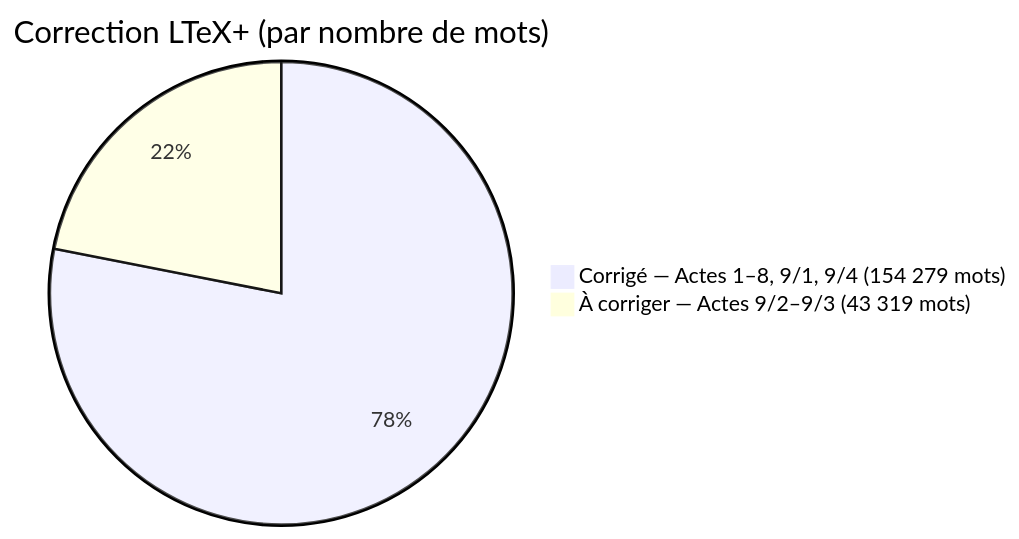
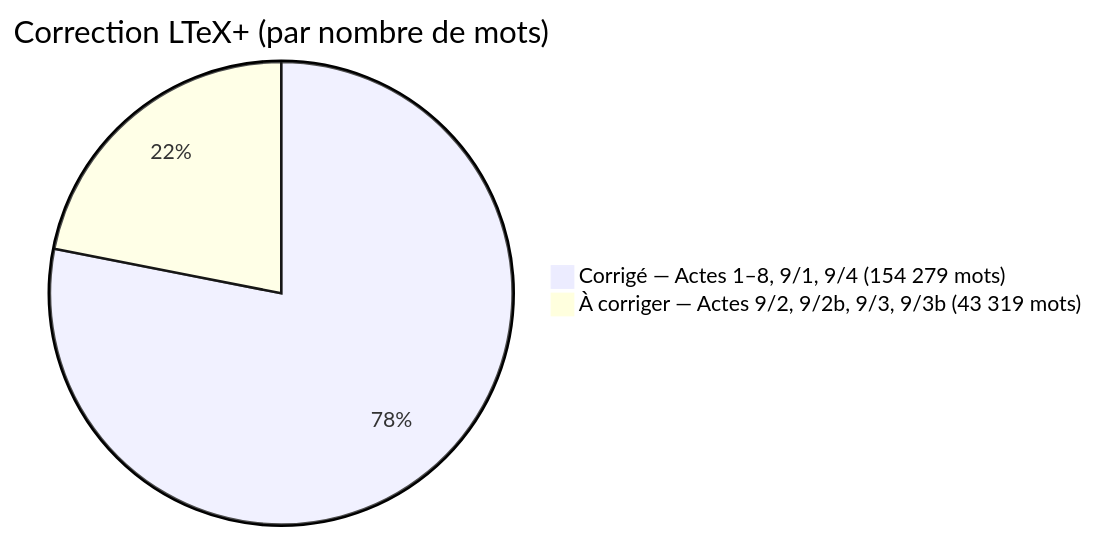
The diagram in actes/word_count.md (eric-mugnier/tete-de-veau-ravigote), drawn with Mermaid before and after one commit. The commit also changed other lines of this file and 9 other files, not shown here.

````diff
--- a/actes/word_count.md
+++ b/actes/word_count.md
@@ -26,5 +29,5 @@
 ```mermaid
 pie title Correction LTeX+ (par nombre de mots)
     "Corrigé — Actes 1–8, 9/1, 9/4 (154 279 mots)" : 154279
-    "À corriger — Actes 9/2–9/3 (43 319 mots)" : 43319
+    "À corriger — Actes 9/2, 9/2b, 9/3, 9/3b (43 319 mots)" : 43319
 ```
````
